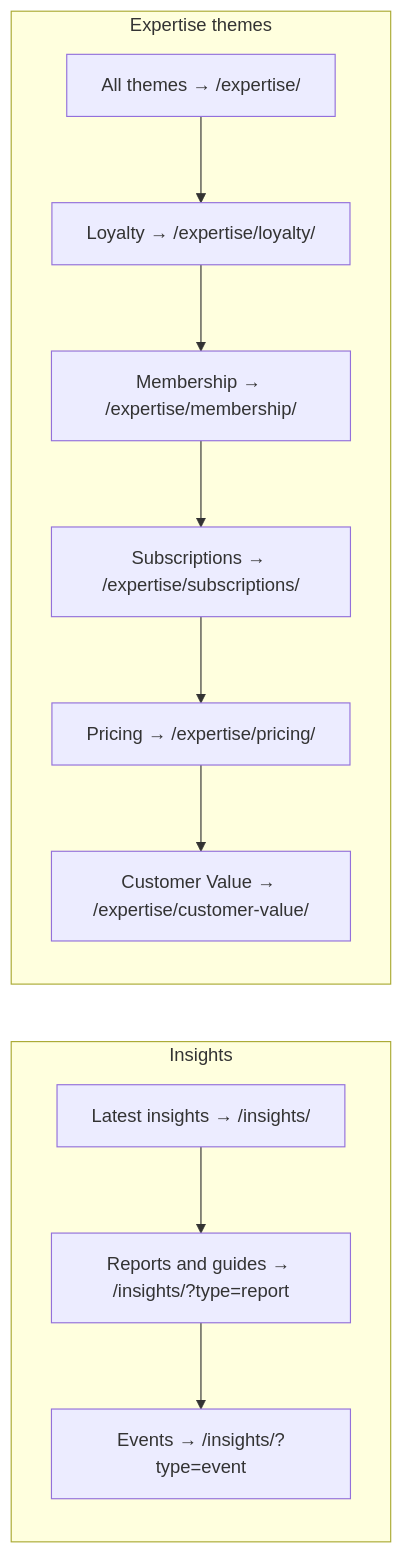
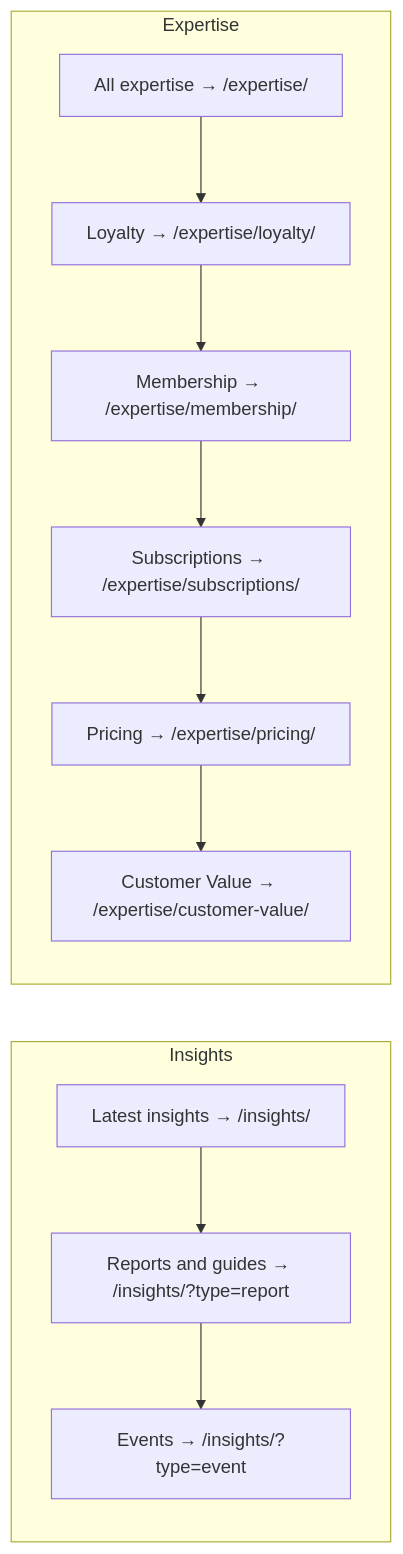
The fourth of 7 diagrams in docs/diagrams/mega-nav.md (gsdd/temp-manifesto-ia), drawn with Mermaid before and after one commit. The commit also changed other lines of this file and 1 other file, not shown here.

Commit message:
v3 primary navigation: plain-language labels and subtitles, three services renamed to searched terms, acronyms removed, Expertise label

````diff
--- a/docs/diagrams/mega-nav.md
+++ b/docs/diagrams/mega-nav.md
@@ -81,20 +81,20 @@
 ```mermaid
 flowchart LR
     subgraph I1["Insights"]
         direction TB
         I1a["Latest insights → /insights/"]
         I1b["Reports and guides → /insights/?type=report"]
         I1c["Events → /insights/?type=event"]
         I1a --> I1b --> I1c
     end
-    subgraph I2["Expertise themes"]
+    subgraph I2["Expertise"]
         direction TB
-        I2h["All themes → /expertise/"]
+        I2h["All expertise → /expertise/"]
         I2a["Loyalty → /expertise/loyalty/"]
         I2b["Membership → /expertise/membership/"]
         I2c["Subscriptions → /expertise/subscriptions/"]
         I2d["Pricing → /expertise/pricing/"]
         I2e["Customer Value → /expertise/customer-value/"]
         I2h --> I2a --> I2b --> I2c --> I2d --> I2e
     end
 ```
````
